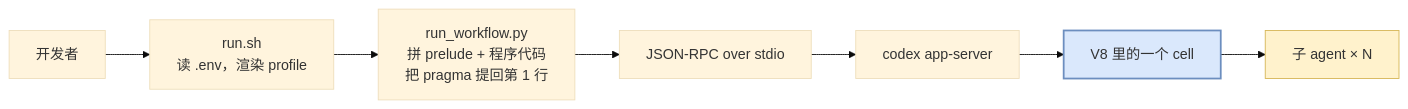
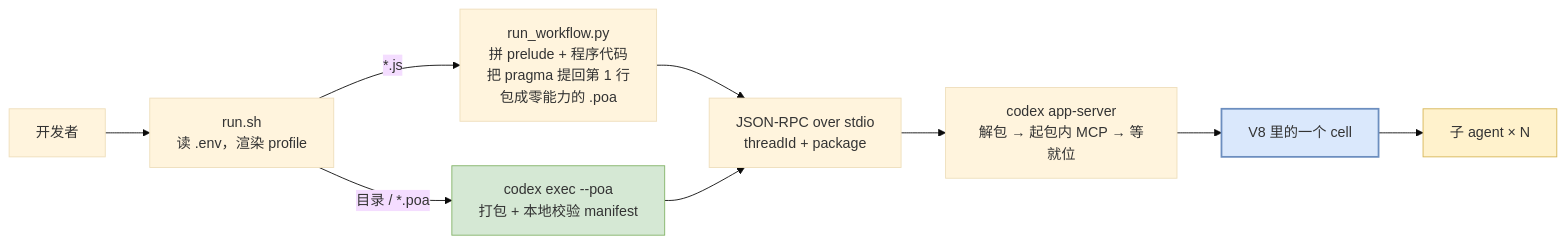
One commit to Brainary-Team/brainary-codex-docs changed the second of 2 diagrams in 03-concepts.md. Above: the diagram before and after it, drawn with Mermaid (base theme). The commit also changed other lines of this file and 9 other files, not shown here.

````diff
--- a/03-concepts.md
+++ b/03-concepts.md
@@ -192,12 +218,17 @@
 ```mermaid
 graph LR
     YOU["开发者"] --> RUNSH["run.sh<br/>读 .env，渲染 profile"]
-    RUNSH --> RUNPY["run_workflow.py<br/>拼 prelude + 程序代码<br/>把 pragma 提回第 1 行"]
-    RUNPY --> RPC["JSON-RPC over stdio"]
-    RPC --> CODEX["codex app-server"]
+
+    RUNSH -->|"*.js"| RUNPY["run_workflow.py<br/>拼 prelude + 程序代码<br/>把 pragma 提回第 1 行<br/>包成零能力的 .poa"]
+    RUNSH -->|"目录 / *.poa"| EXEC["codex exec --poa<br/>打包 + 本地校验 manifest"]
+
+    RUNPY --> RPC["JSON-RPC over stdio<br/>threadId + package"]
+    EXEC --> RPC
+    RPC --> CODEX["codex app-server<br/>解包 → 起包内 MCP → 等就位"]
     CODEX --> CELL["V8 里的一个 cell"]
     CELL --> SUB["子 agent × N"]
 
     style CELL fill:#dae8fc,stroke:#6c8ebf,stroke-width:2px
     style SUB fill:#fff2cc,stroke:#d6b656
+    style EXEC fill:#d5e8d4,stroke:#82b366
 ```
````
